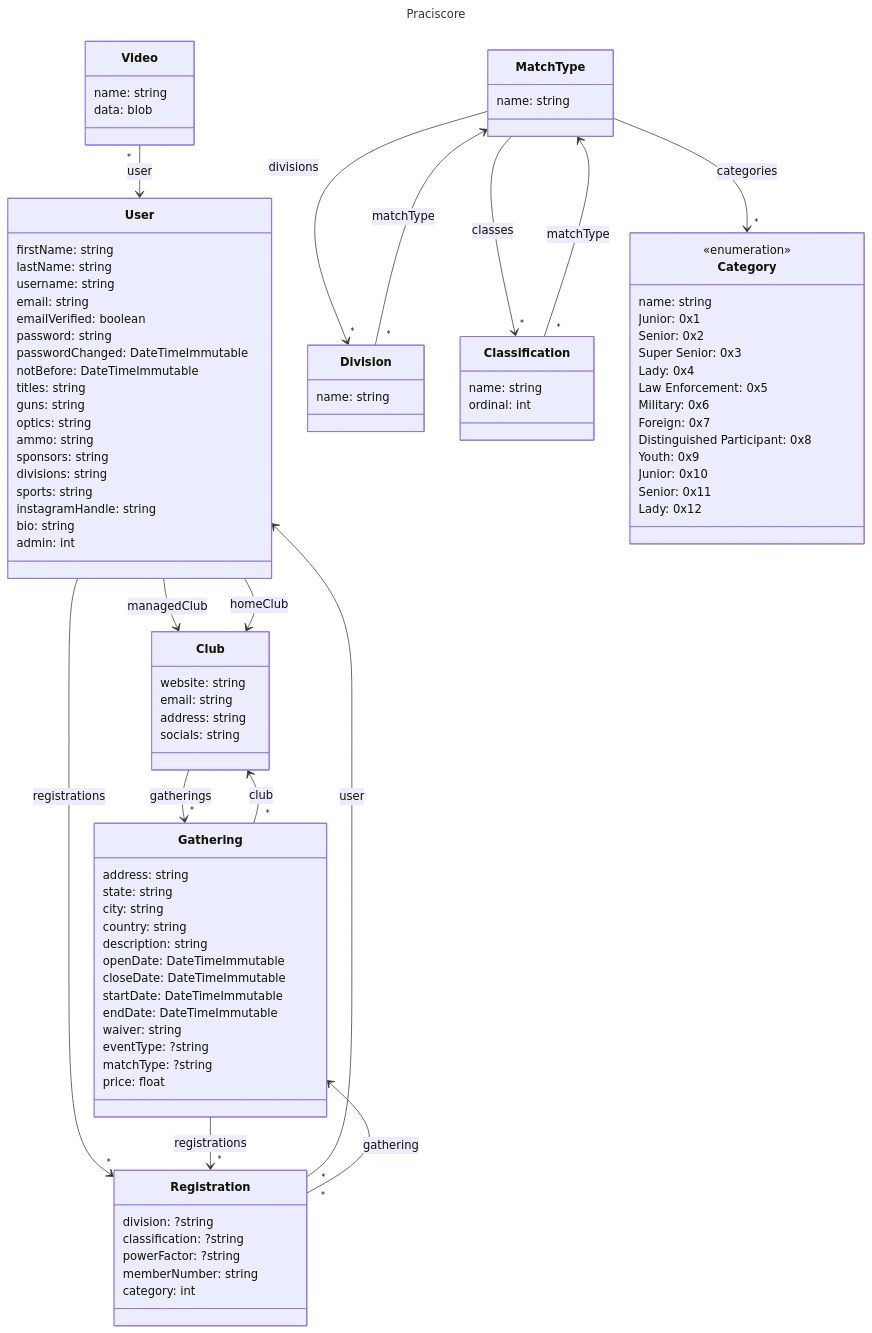
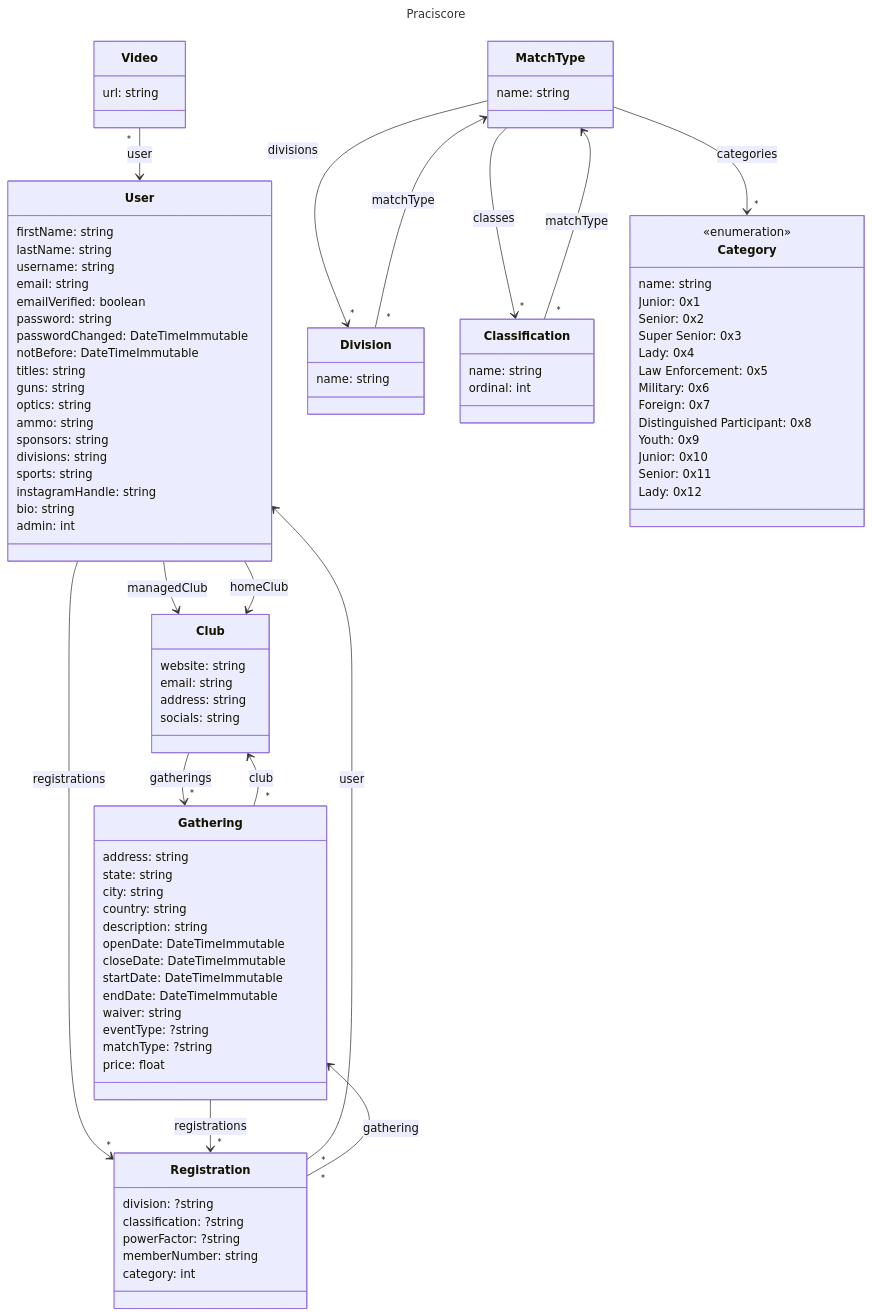
Before and after one commit to DankYoda/Practiscore: the diagram in docs/class_diagram.mmd, drawn with Mermaid. The commit also changed 5 other files, not shown here.

```diff
--- a/docs/class_diagram.mmd
+++ b/docs/class_diagram.mmd
@@ -1,103 +1,102 @@
 ---
 title: Praciscore
 ---
 classDiagram
     User --> Club: managedClub
     User --> Club: homeClub
     User --> "*" Registration: registrations
     class User {
         firstName: string
         lastName: string
         username: string
         email: string
         emailVerified: boolean
         password: string
         passwordChanged: DateTimeImmutable
         notBefore: DateTimeImmutable
         titles: string
         guns: string
         optics: string
         ammo: string
         sponsors: string
         divisions: string
         sports: string
         instagramHandle: string
         bio: string
         admin: int
     }
     Club --> "*" Gathering: gatherings
     class Club {
         website: string
         email: string
         address: string
         socials: string
     }
 
     Registration "*" --> User: user
     Registration "*" --> Gathering: gathering
     class Registration {
         division: ?string
         classification: ?string
         powerFactor: ?string
         memberNumber: string
         category: int
     }
 
     Gathering --> "*" Registration: registrations
     Gathering "*" --> Club: club
     class Gathering {
         address: string
         state: string
         city: string
         country: string
         description: string
         openDate: DateTimeImmutable
         closeDate: DateTimeImmutable
         startDate: DateTimeImmutable
         endDate: DateTimeImmutable
         waiver: string
         eventType: ?string
         matchType: ?string
         price: float
     }
     MatchType --> "*" Division: divisions
     MatchType --> "*" Classification: classes
     MatchType --> "*" Category: categories
     class MatchType {
         name: string
     }
     Division "*" --> MatchType: matchType
     class Division {
         name: string
     }
     Classification "*" --> MatchType: matchType
     class Classification {
         name: string
         ordinal: int
     }
 
     class Category {
         name: string
     }
 
     class Category {
         <<enumeration>>
         Junior: 0x1
         Senior: 0x2
         Super Senior: 0x3
         Lady: 0x4
         Law Enforcement: 0x5
         Military: 0x6
         Foreign: 0x7
         Distinguished Participant: 0x8
         Youth: 0x9
         Junior: 0x10
         Senior: 0x11
         Lady: 0x12
     }
 
     Video "*" --> User: user
     class Video {
-        name: string
-        data: blob
+        url: string
     }
```
